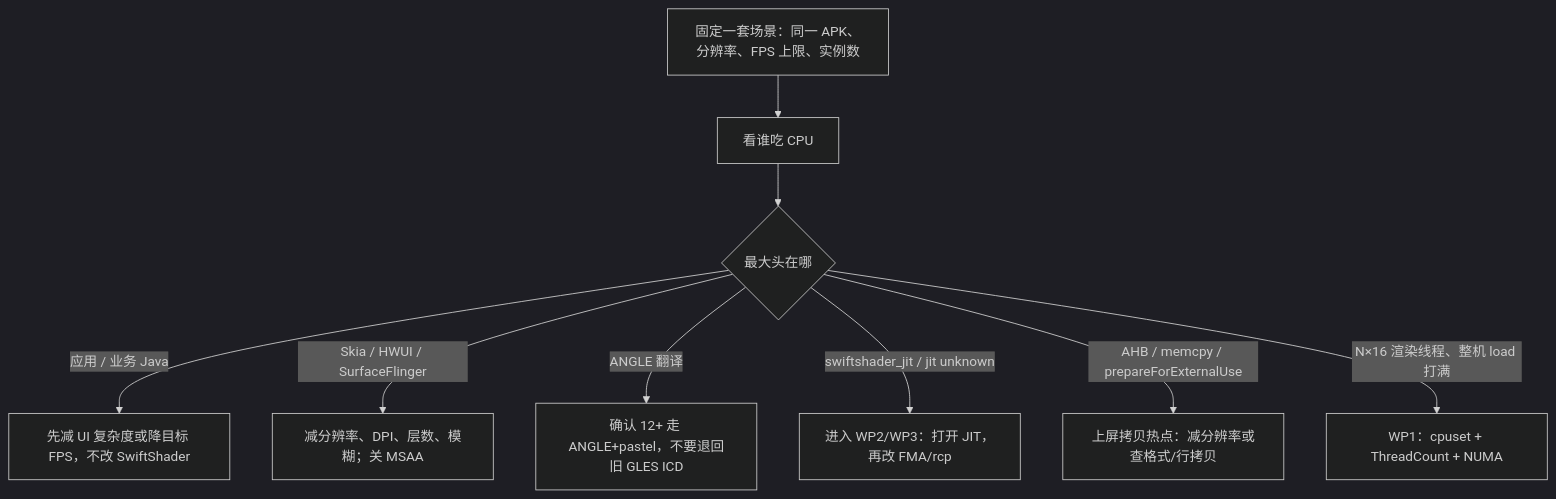
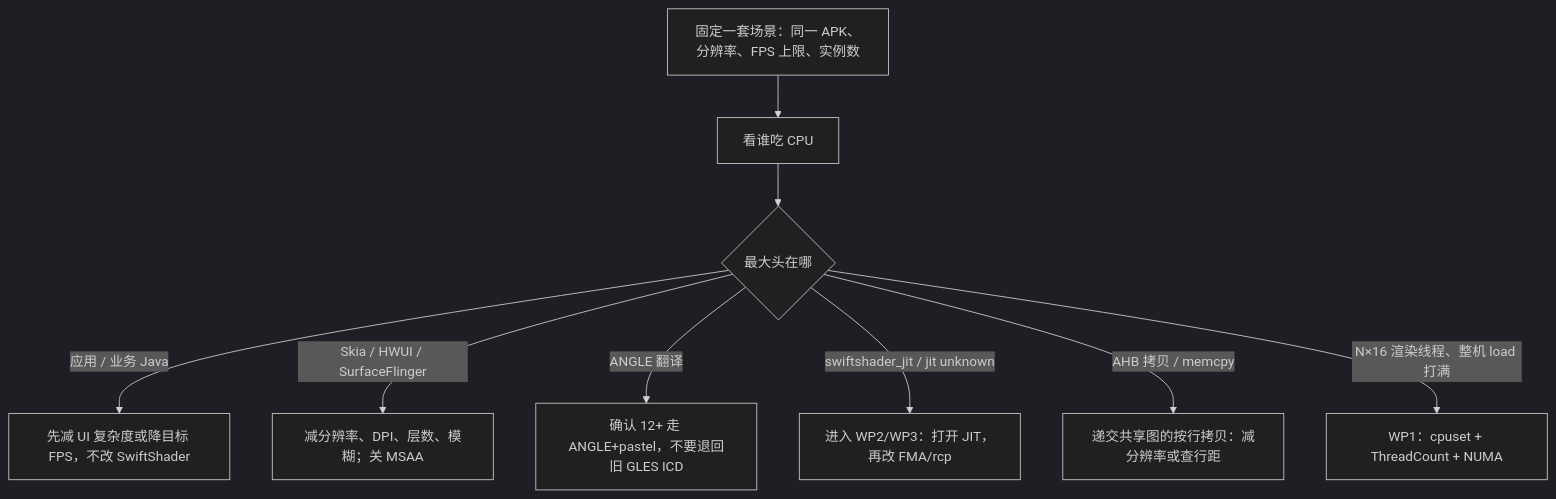
One commit to LOLHenry/swiftshader changed the first of 2 diagrams in docs/KunpengHotspotProposal.zh.md. Above: the diagram before and after it, drawn with Mermaid (dark theme). The commit also changed other lines of this file and 2 other files, not shown here.

First line of the commit message:
docs: define AHB and correct WP3 operability

````diff
--- a/docs/KunpengHotspotProposal.zh.md
+++ b/docs/KunpengHotspotProposal.zh.md
@@ -168,11 +177,11 @@
 ```mermaid
 flowchart TD
   A["固定一套场景：同一 APK、分辨率、FPS 上限、实例数"] --> B["看谁吃 CPU"]
   B --> C{"最大头在哪"}
   C -->|"应用 / 业务 Java"| APP["先减 UI 复杂度或降目标 FPS，不改 SwiftShader"]
   C -->|"Skia / HWUI / SurfaceFlinger"| PIX["减分辨率、DPI、层数、模糊；关 MSAA"]
   C -->|"ANGLE 翻译"| ANG["确认 12+ 走 ANGLE+pastel，不要退回旧 GLES ICD"]
   C -->|"swiftshader_jit / jit unknown"| JIT["进入 WP2/WP3：打开 JIT，再改 FMA/rcp"]
-  C -->|"AHB / memcpy / prepareForExternalUse"| COPY["上屏拷贝热点：减分辨率或查格式/行拷贝"]
+  C -->|"AHB 拷贝 / memcpy"| COPY["递交共享图的按行拷贝：减分辨率或查行距"]
   C -->|"N×16 渲染线程、整机 load 打满"| SCH["WP1：cpuset + ThreadCount + NUMA"]
 ```
````
